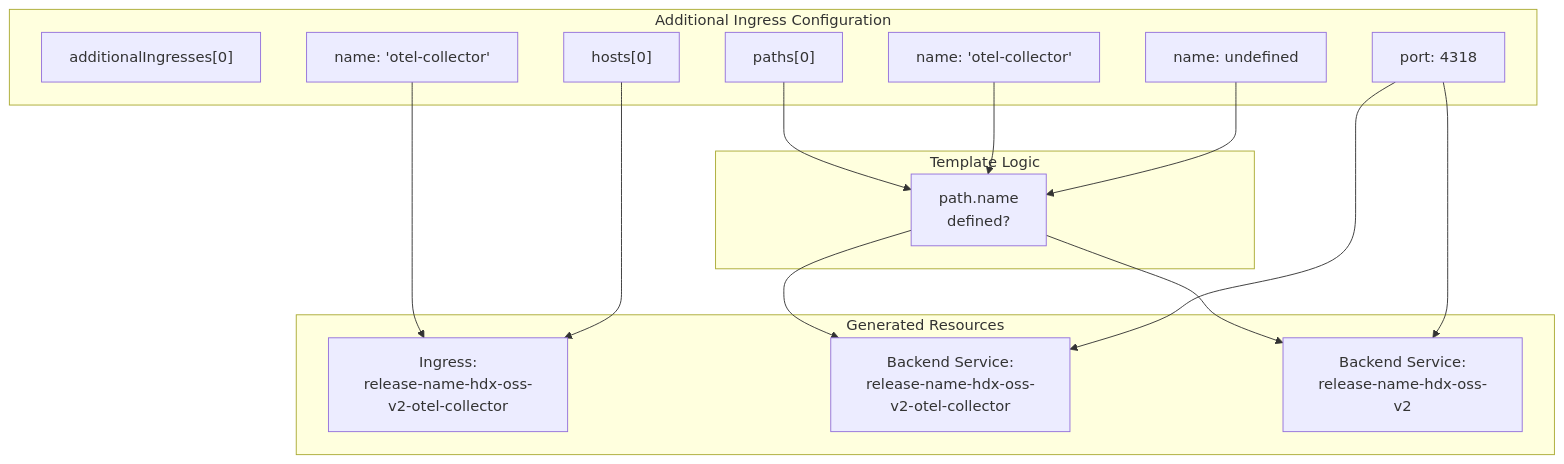
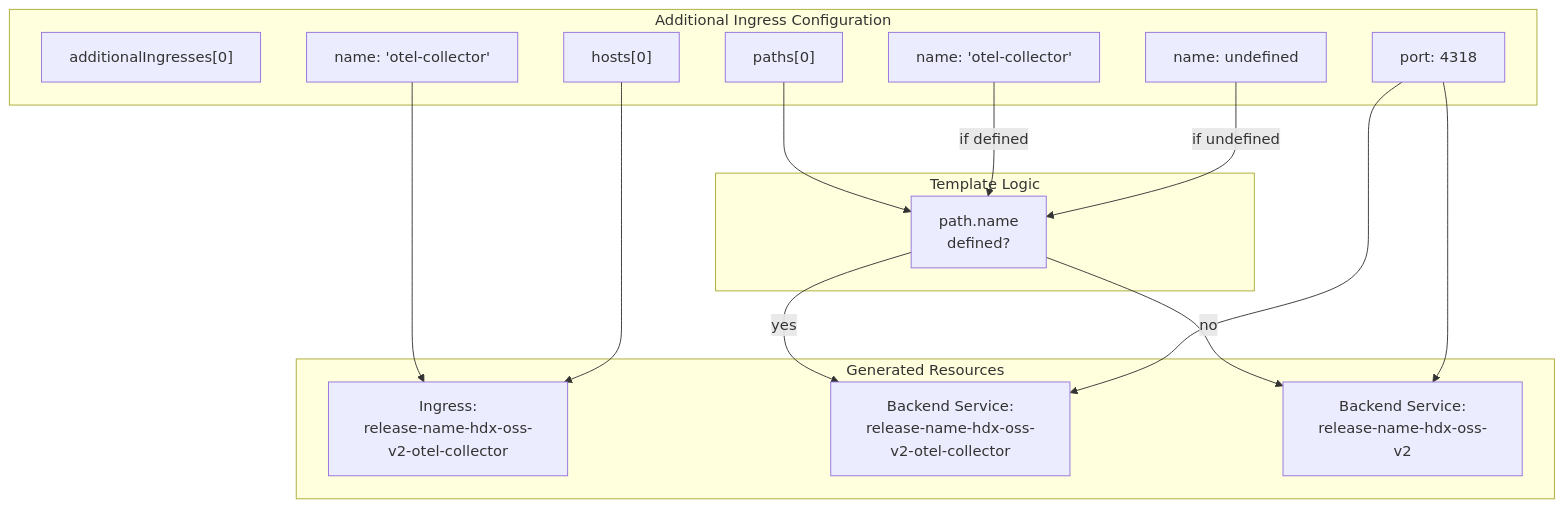
One commit to openchoreo/openchoreo changed the fourth of 5 diagrams in docs/hyperdxio-helm-charts-docs/Ingress-and-External-Access.md. Above: the diagram before and after it, drawn with Mermaid. The commit also changed other lines of this file and 85 other files, not shown here.

Commit message:
feat: Add new workflow and specification templates, update Helm chart dependencies, and clarify documentation diagrams.

````diff
--- a/docs/hyperdxio-helm-charts-docs/Ingress-and-External-Access.md
+++ b/docs/hyperdxio-helm-charts-docs/Ingress-and-External-Access.md
@@ -336,45 +336,45 @@
 ```mermaid
 flowchart TD
 
 IngressDef["additionalIngresses[0]"]
 Name["name: 'otel-collector'"]
 Hosts["hosts[0]"]
 Paths["paths[0]"]
 PathName["name: 'otel-collector'"]
 PathPort["port: 4318"]
 NoPathName["name: undefined"]
 IngressResource["Ingress:<br>release-name-hdx-oss-v2-otel-collector"]
 ServiceWithName["Backend Service:<br>release-name-hdx-oss-v2-otel-collector"]
 ServiceDefault["Backend Service:<br>release-name-hdx-oss-v2"]
 NameCheck["path.name<br>defined?"]
 
 Name --> IngressResource
 Hosts --> IngressResource
 Paths --> NameCheck
-PathName --> NameCheck
-NoPathName --> NameCheck
-NameCheck --> ServiceWithName
-NameCheck --> ServiceDefault
+PathName -->|"if defined"| NameCheck
+NoPathName -->|"if undefined"| NameCheck
+NameCheck -->|"yes"| ServiceWithName
+NameCheck -->|"no"| ServiceDefault
 PathPort --> ServiceWithName
 PathPort --> ServiceDefault
 
 subgraph subGraph2 ["Template Logic"]
     NameCheck
 end
 
 subgraph subGraph1 ["Generated Resources"]
     IngressResource
     ServiceWithName
     ServiceDefault
 end
 
 subgraph subGraph0 ["Additional Ingress Configuration"]
     IngressDef
     Name
     Hosts
     Paths
     PathName
     PathPort
     NoPathName
 end
 ```
````
